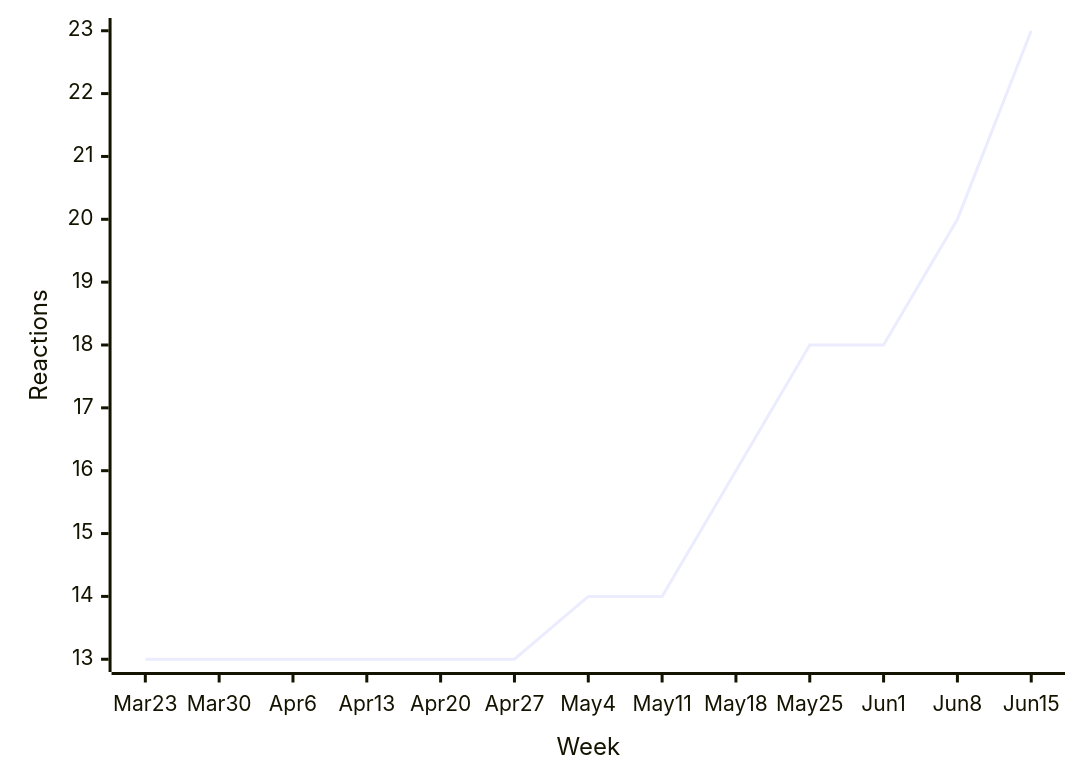
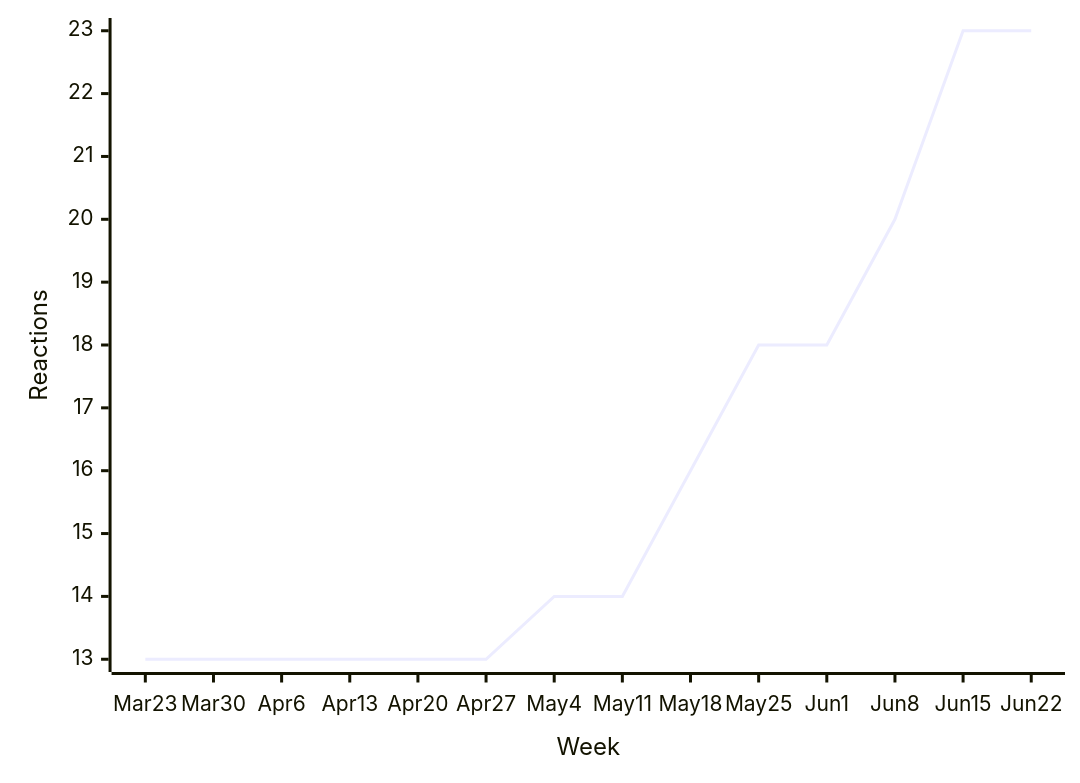
Before and after one commit to loic-sharma/github-insights: diagram 16 of 50 in README.md, drawn with Mermaid. The commit also changed other lines of this file and 3 other files, not shown here.

````diff
--- a/README.md
+++ b/README.md
@@ -594,6 +594,6 @@
   ```mermaid
   xychart-beta
-    x-axis "Week" [Mar 23, Mar 30, Apr 6, Apr 13, Apr 20, Apr 27, May 4, May 11, May 18, May 25, Jun 1, Jun 8, Jun 15]
+    x-axis "Week" [Mar 23, Mar 30, Apr 6, Apr 13, Apr 20, Apr 27, May 4, May 11, May 18, May 25, Jun 1, Jun 8, Jun 15, Jun 22]
     y-axis "Reactions"
-    line [13, 13, 13, 13, 13, 13, 14, 14, 16, 18, 18, 20, 23]
+    line [13, 13, 13, 13, 13, 13, 14, 14, 16, 18, 18, 20, 23, 23]
   ```
````
